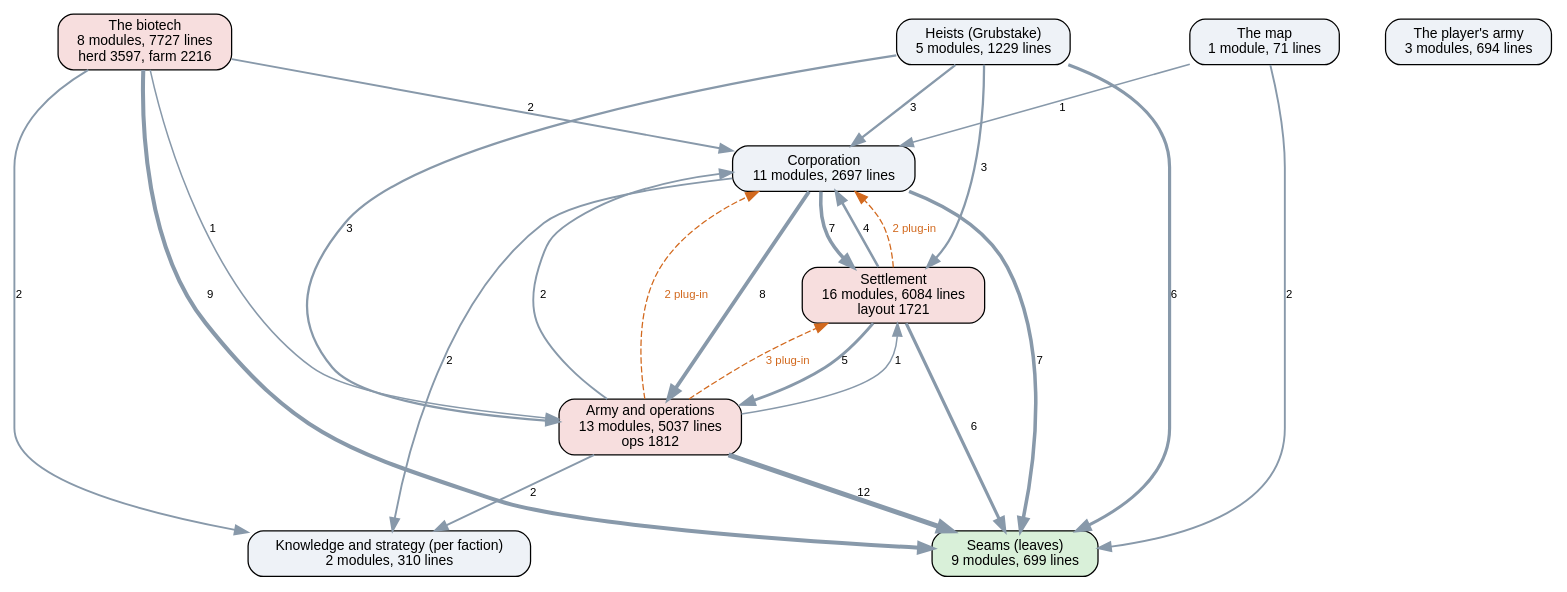
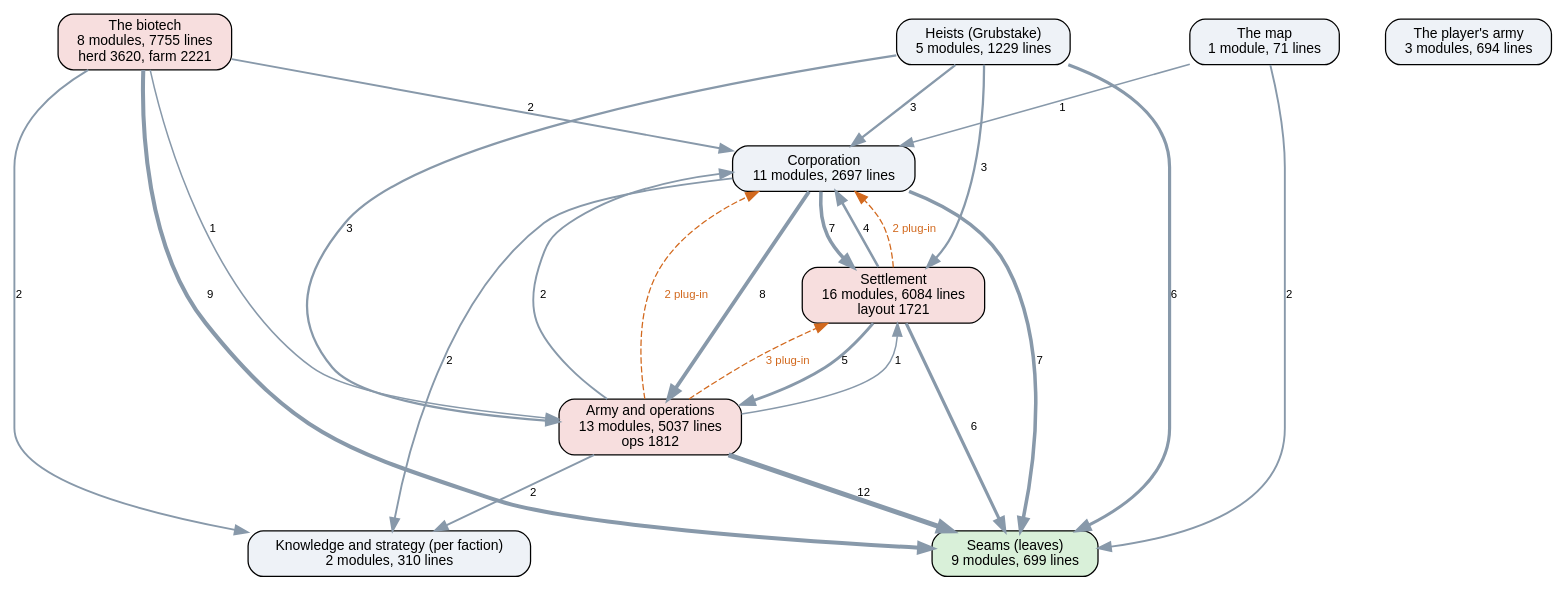
Before and after one commit to kinelhu/landing-party: the diagram in docs/ai-layers.dot, drawn with Graphviz. The commit also changed 10 other files, not shown here.

```diff
--- a/docs/ai-layers.dot
+++ b/docs/ai-layers.dot
@@ -1,38 +1,38 @@
 digraph layers {
   graph [rankdir=TB, fontname="Helvetica", nodesep=0.5, ranksep=0.7];
   node [shape=box, style="rounded,filled", fontname="Helvetica", fontsize=11, fillcolor="#eef2f7"];
   edge [color="#8899aa", fontname="Helvetica", fontsize=9];
   "Seams (leaves)" [label="Seams (leaves)\n9 modules, 699 lines", fillcolor="#d9f0d9"];
   "Knowledge and strategy (per faction)" [label="Knowledge and strategy (per faction)\n2 modules, 310 lines", fillcolor="#eef2f7"];
   "Corporation" [label="Corporation\n11 modules, 2697 lines", fillcolor="#eef2f7"];
   "Settlement" [label="Settlement\n16 modules, 6084 lines\nlayout 1721", fillcolor="#f7dede"];
   "Army and operations" [label="Army and operations\n13 modules, 5037 lines\nops 1812", fillcolor="#f7dede"];
   "Heists (Grubstake)" [label="Heists (Grubstake)\n5 modules, 1229 lines", fillcolor="#eef2f7"];
-  "The biotech" [label="The biotech\n8 modules, 7727 lines\nherd 3597, farm 2216", fillcolor="#f7dede"];
+  "The biotech" [label="The biotech\n8 modules, 7755 lines\nherd 3620, farm 2221", fillcolor="#f7dede"];
   "The map" [label="The map\n1 module, 71 lines", fillcolor="#eef2f7"];
   "The player's army" [label="The player's army\n3 modules, 694 lines", fillcolor="#eef2f7"];
   "Army and operations" -> "Corporation" [label="2", penwidth=1.5];
   "Army and operations" -> "Knowledge and strategy (per faction)" [label="2", penwidth=1.5];
   "Army and operations" -> "Seams (leaves)" [label="12", penwidth=4.0];
   "Army and operations" -> "Settlement" [label="1", penwidth=1.2];
   "Corporation" -> "Army and operations" [label="8", penwidth=3.0];
   "Corporation" -> "Knowledge and strategy (per faction)" [label="2", penwidth=1.5];
   "Corporation" -> "Seams (leaves)" [label="7", penwidth=2.8];
   "Corporation" -> "Settlement" [label="7", penwidth=2.8];
   "Heists (Grubstake)" -> "Army and operations" [label="3", penwidth=1.8];
   "Heists (Grubstake)" -> "Corporation" [label="3", penwidth=1.8];
   "Heists (Grubstake)" -> "Seams (leaves)" [label="6", penwidth=2.5];
   "Heists (Grubstake)" -> "Settlement" [label="3", penwidth=1.8];
   "Settlement" -> "Army and operations" [label="5", penwidth=2.2];
   "Settlement" -> "Corporation" [label="4", penwidth=2.0];
   "Settlement" -> "Seams (leaves)" [label="6", penwidth=2.5];
   "The biotech" -> "Army and operations" [label="1", penwidth=1.2];
   "The biotech" -> "Corporation" [label="2", penwidth=1.5];
   "The biotech" -> "Knowledge and strategy (per faction)" [label="2", penwidth=1.5];
   "The biotech" -> "Seams (leaves)" [label="9", penwidth=3.2];
   "The map" -> "Corporation" [label="1", penwidth=1.2];
   "The map" -> "Seams (leaves)" [label="2", penwidth=1.5];
   "Army and operations" -> "Corporation" [style=dashed, color="#d2691e", fontcolor="#d2691e", label="2 plug-in"];
   "Army and operations" -> "Settlement" [style=dashed, color="#d2691e", fontcolor="#d2691e", label="3 plug-in"];
   "Settlement" -> "Corporation" [style=dashed, color="#d2691e", fontcolor="#d2691e", label="2 plug-in"];
 }
```
